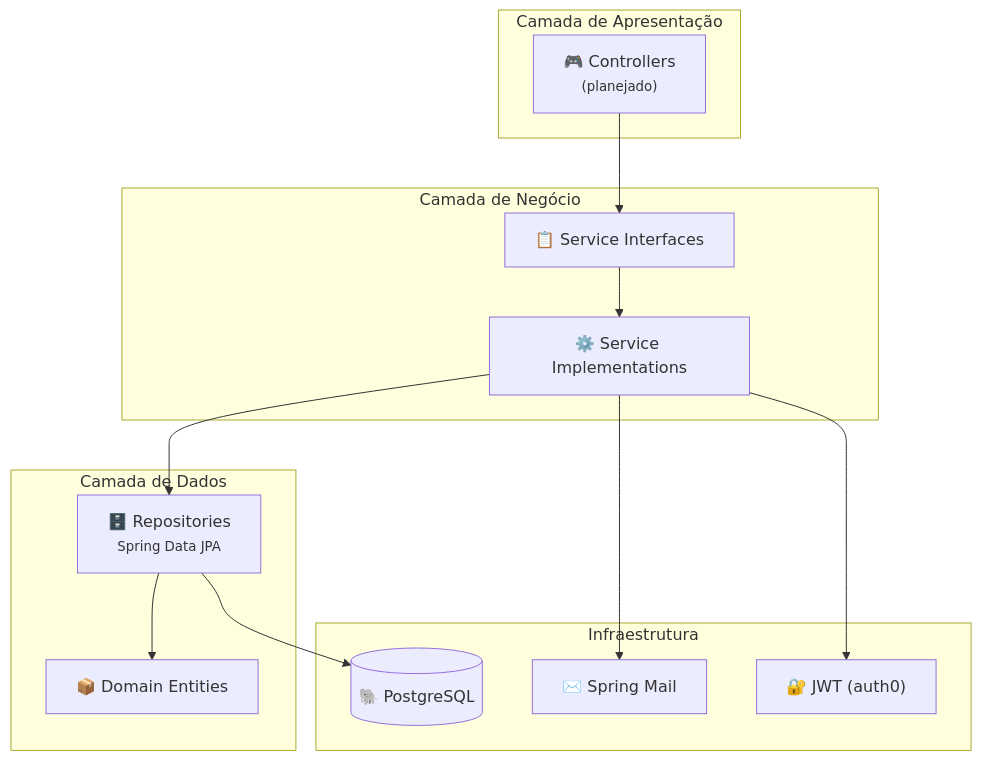
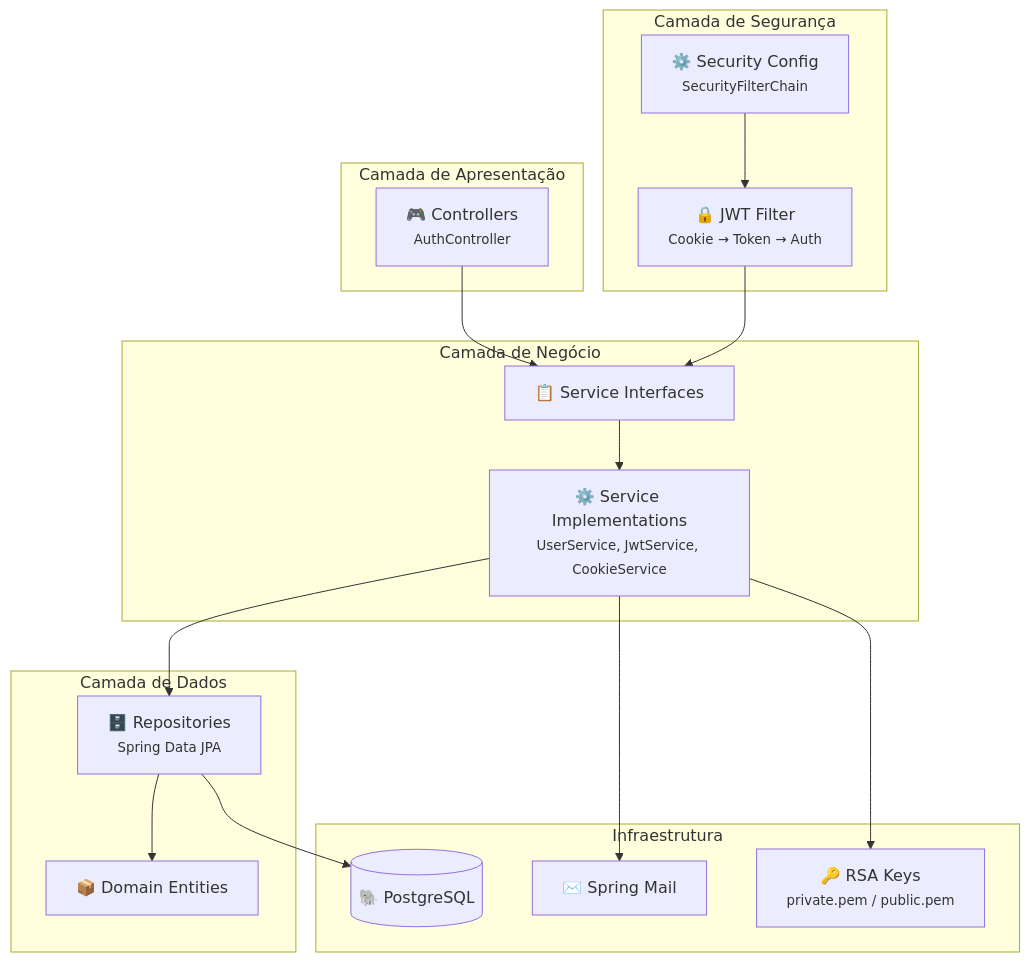
Before and after one commit to devrafaelsoares/spring-app-auth: the first of 2 diagrams in README.md, drawn with Mermaid. The commit also changed other lines of this file and 7 other files, not shown here.

````diff
--- a/README.md
+++ b/README.md
@@ -66,30 +131,37 @@
 ```mermaid
 graph TB
     subgraph "Camada de Apresentação"
-        C["🎮 Controllers<br/><small>(planejado)</small>"]
+        C["🎮 Controllers<br/><small>AuthController</small>"]
+    end
+
+    subgraph "Camada de Segurança"
+        F["🔒 JWT Filter<br/><small>Cookie → Token → Auth</small>"]
+        SC["⚙️ Security Config<br/><small>SecurityFilterChain</small>"]
     end
 
     subgraph "Camada de Negócio"
         SI["📋 Service Interfaces"]
-        S["⚙️ Service Implementations"]
+        S["⚙️ Service Implementations<br/><small>UserService, JwtService, CookieService</small>"]
     end
 
     subgraph "Camada de Dados"
         R["🗄️ Repositories<br/><small>Spring Data JPA</small>"]
         E["📦 Domain Entities"]
     end
 
     subgraph "Infraestrutura"
         DB[("🐘 PostgreSQL")]
         MAIL["✉️ Spring Mail"]
-        JWT["🔐 JWT (auth0)"]
+        RSA["🔑 RSA Keys<br/><small>private.pem / public.pem</small>"]
     end
 
     C --> SI
+    F --> SI
+    SC --> F
     SI --> S
     S --> R
     S --> MAIL
-    S --> JWT
+    S --> RSA
     R --> DB
     R --> E
 ```
````
